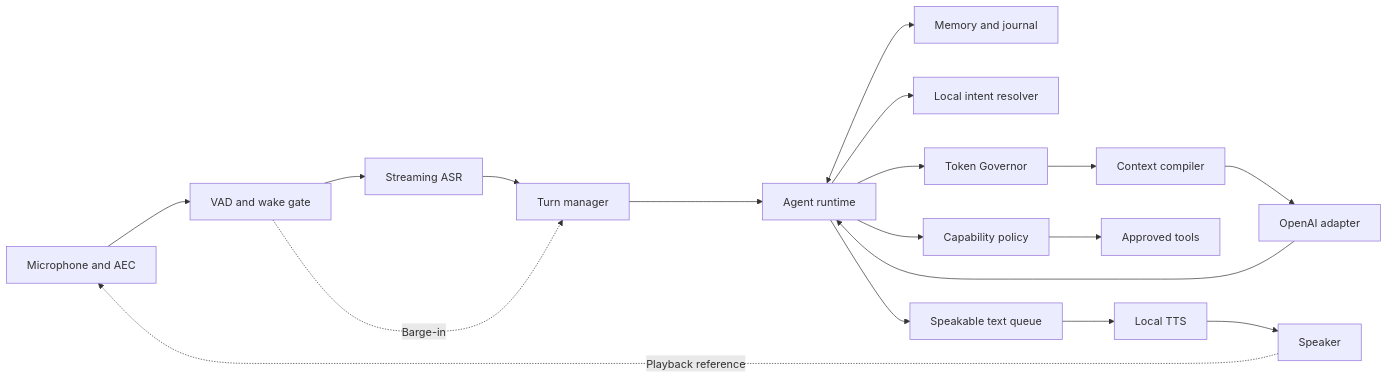
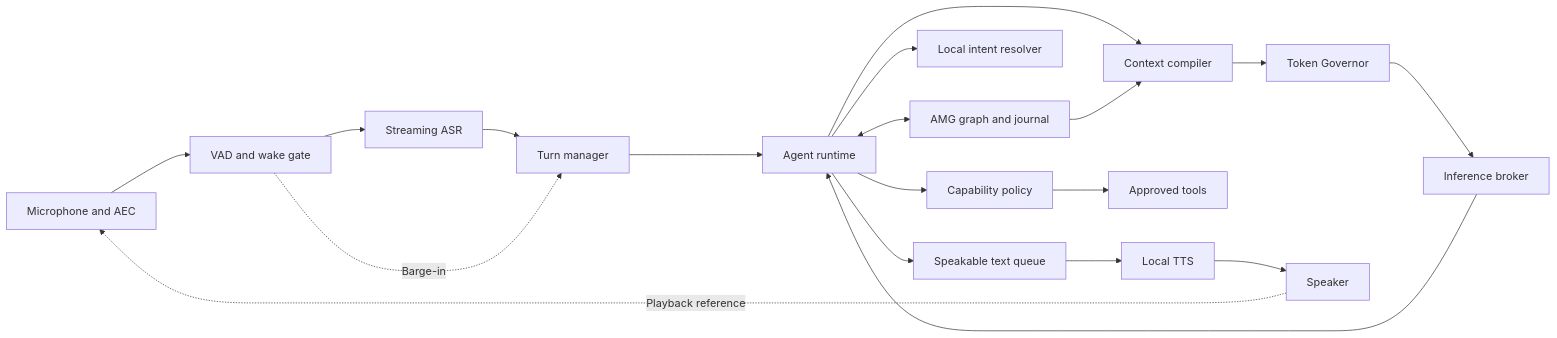
Before and after one commit to idmfrank/atomos: the diagram in docs/architecture.md, drawn with Mermaid. The commit also changed other lines of this file and 7 other files, not shown here.

Commit message:
docs: establish AMG architecture and reconcile M1 design with verified implementation

````diff
--- a/docs/architecture.md
+++ b/docs/architecture.md
@@ -9,20 +9,21 @@
 ```mermaid
 flowchart LR
   Mic[Microphone and AEC] --> V[VAD and wake gate]
   V --> ASR[Streaming ASR]
   ASR --> T[Turn manager]
   T --> R[Agent runtime]
-  R <--> M[Memory and journal]
+  R <--> M[AMG graph and journal]
   R --> L[Local intent resolver]
-  R --> G[Token Governor]
-  G --> C[Context compiler]
-  C --> B[OpenAI adapter]
+  R --> C[Context compiler]
+  M --> C
+  C --> G[Token Governor]
+  G --> B[Inference broker]
   B --> R
   R --> P[Capability policy]
   P --> Tools[Approved tools]
   R --> Q[Speakable text queue]
   Q --> S[Local TTS]
   S --> Out[Speaker]
   Out -. Playback reference .-> Mic
   V -. Barge-in .-> T
 ```
````
